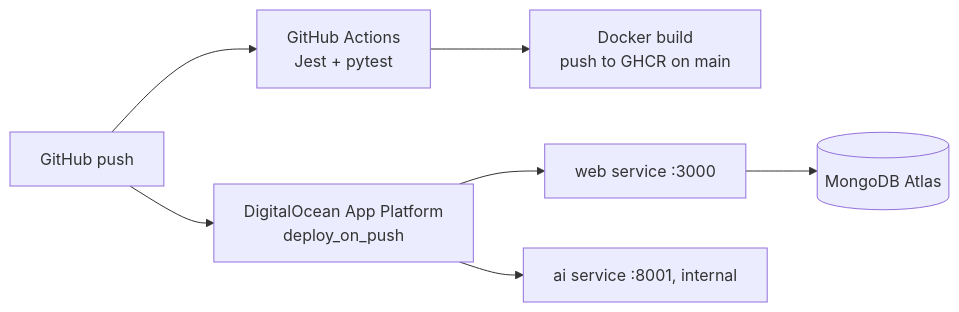
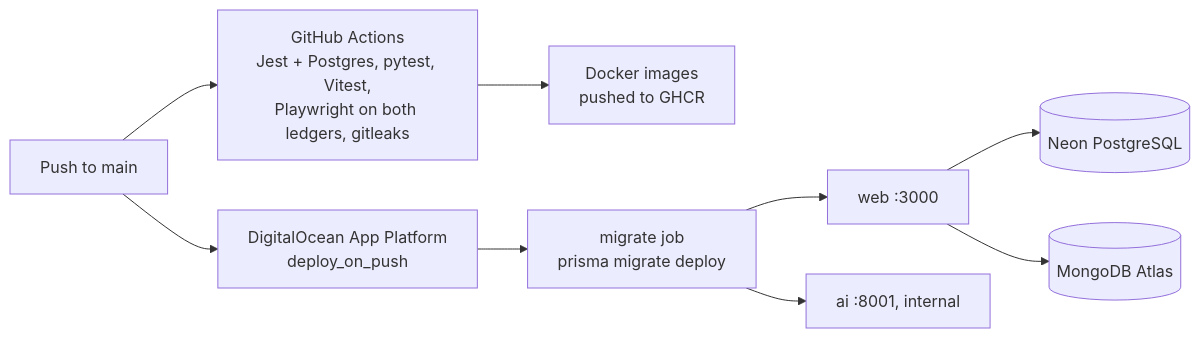
The second of 2 diagrams in architecture.md (sumitparmar19/Nivesh-Path), drawn with Mermaid before and after one commit. The commit also changed other lines of this file and 76 other files, not shown here.

````diff
--- a/architecture.md
+++ b/architecture.md
@@ -48,9 +73,11 @@
 ```mermaid
 flowchart LR
-    G[GitHub push] --> CI[GitHub Actions<br/>Jest + pytest]
-    CI --> D[Docker build<br/>push to GHCR on main]
+    G[Push to main] --> CI[GitHub Actions<br/>Jest + Postgres, pytest, Vitest,<br/>Playwright on both ledgers, gitleaks]
+    CI --> D[Docker images<br/>pushed to GHCR]
     G --> DO[DigitalOcean App Platform<br/>deploy_on_push]
-    DO --> W[web service :3000]
-    DO --> AI[ai service :8001, internal]
+    DO --> MG[migrate job<br/>prisma migrate deploy]
+    MG --> W[web :3000]
+    MG --> AI[ai :8001, internal]
+    W --> NE[(Neon PostgreSQL)]
     W --> AT[(MongoDB Atlas)]
 ```
````
